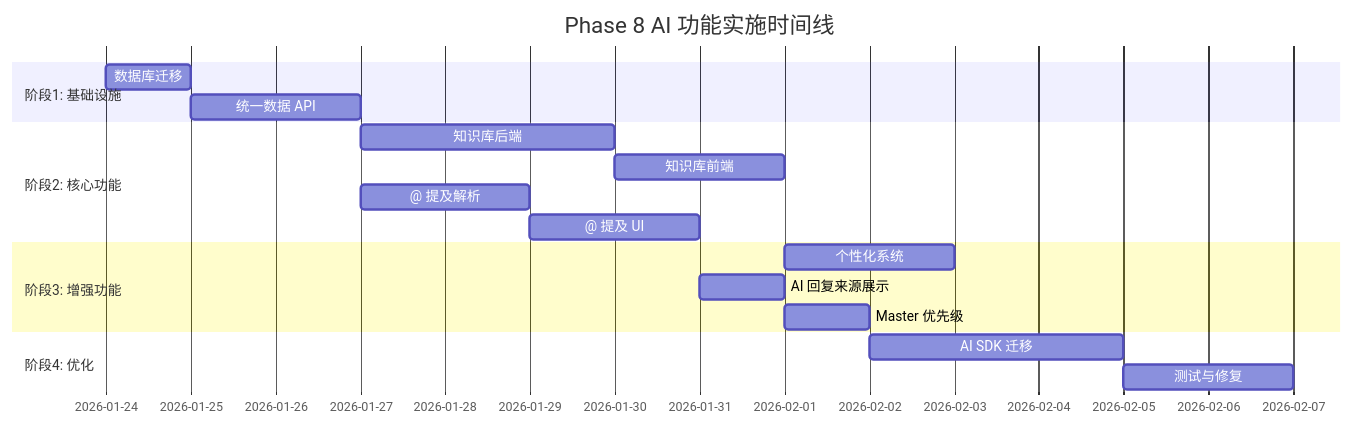
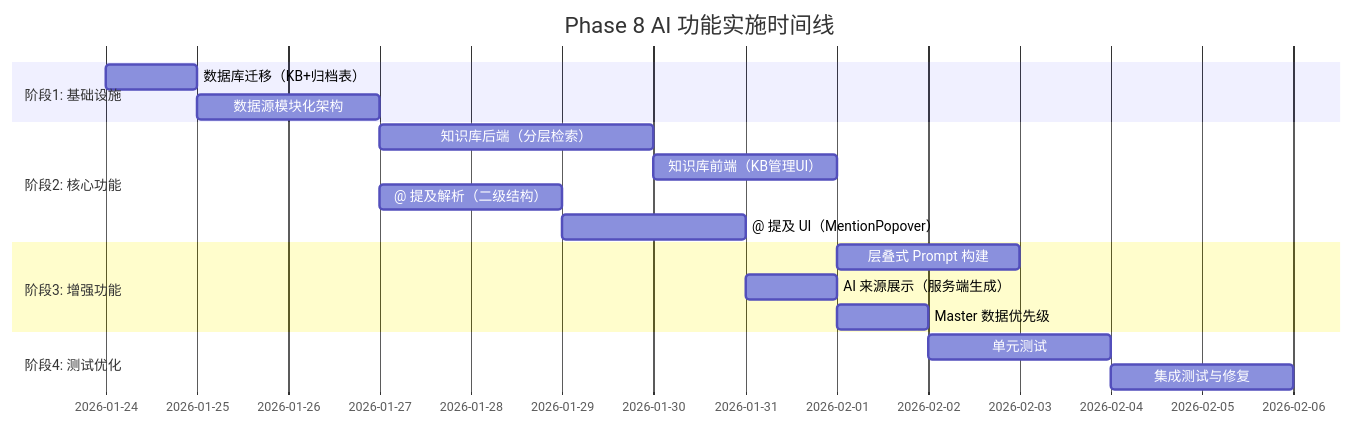
Before and after one commit to rushwei/MingAI: the fourth of 5 diagrams in docs/plans/AI-Features-Phase8-Implementation-Plan.md, drawn with Mermaid. The commit also changed other lines of this file and 174 other files, not shown here.

````diff
--- a/docs/plans/AI-Features-Phase8-Implementation-Plan.md
+++ b/docs/plans/AI-Features-Phase8-Implementation-Plan.md
@@ -749,20 +3206,20 @@
 ```mermaid
 gantt
     title Phase 8 AI 功能实施时间线
     dateFormat  YYYY-MM-DD
     section 阶段1: 基础设施
-    数据库迁移           :a1, 2026-01-24, 1d
-    统一数据 API         :a2, after a1, 2d
+    数据库迁移（KB+归档表）      :a1, 2026-01-24, 1d
+    数据源模块化架构            :a2, after a1, 2d
     section 阶段2: 核心功能
-    知识库后端           :b1, after a2, 3d
-    知识库前端           :b2, after b1, 2d
-    @ 提及解析           :b3, after a2, 2d
-    @ 提及 UI            :b4, after b3, 2d
+    知识库后端（分层检索）       :b1, after a2, 3d
+    知识库前端（KB管理UI）       :b2, after b1, 2d
+    @ 提及解析（二级结构）       :b3, after a2, 2d
+    @ 提及 UI（MentionPopover）  :b4, after b3, 2d
     section 阶段3: 增强功能
-    个性化系统           :c1, after b2, 2d
-    AI 回复来源展示      :c2, after b4, 1d
-    Master 优先级        :c3, after c2, 1d
-    section 阶段4: 优化
-    AI SDK 迁移          :d1, after c3, 3d
-    测试与修复           :d2, after d1, 2d
+    层叠式 Prompt 构建           :c1, after b2, 2d
+    AI 来源展示（服务端生成）    :c2, after b4, 1d
+    Master 数据优先级            :c3, after c2, 1d
+    section 阶段4: 测试优化
+    单元测试                    :d1, after c3, 2d
+    集成测试与修复              :d2, after d1, 2d
 ```
````
